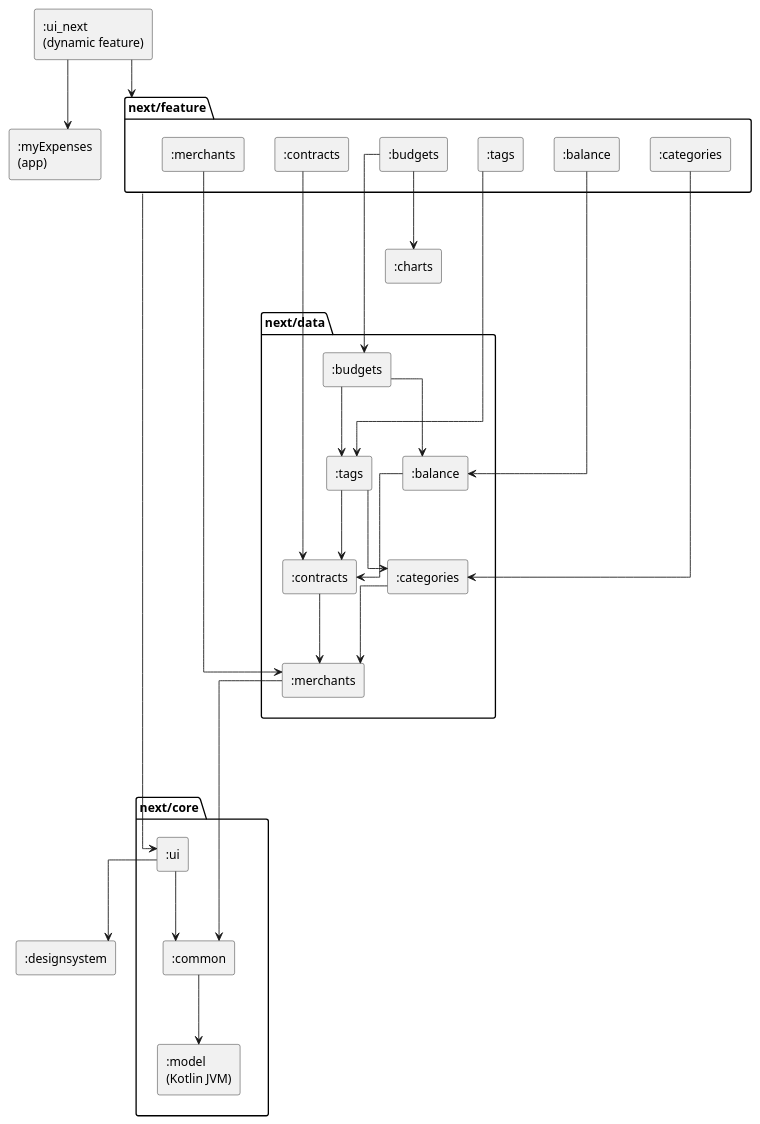
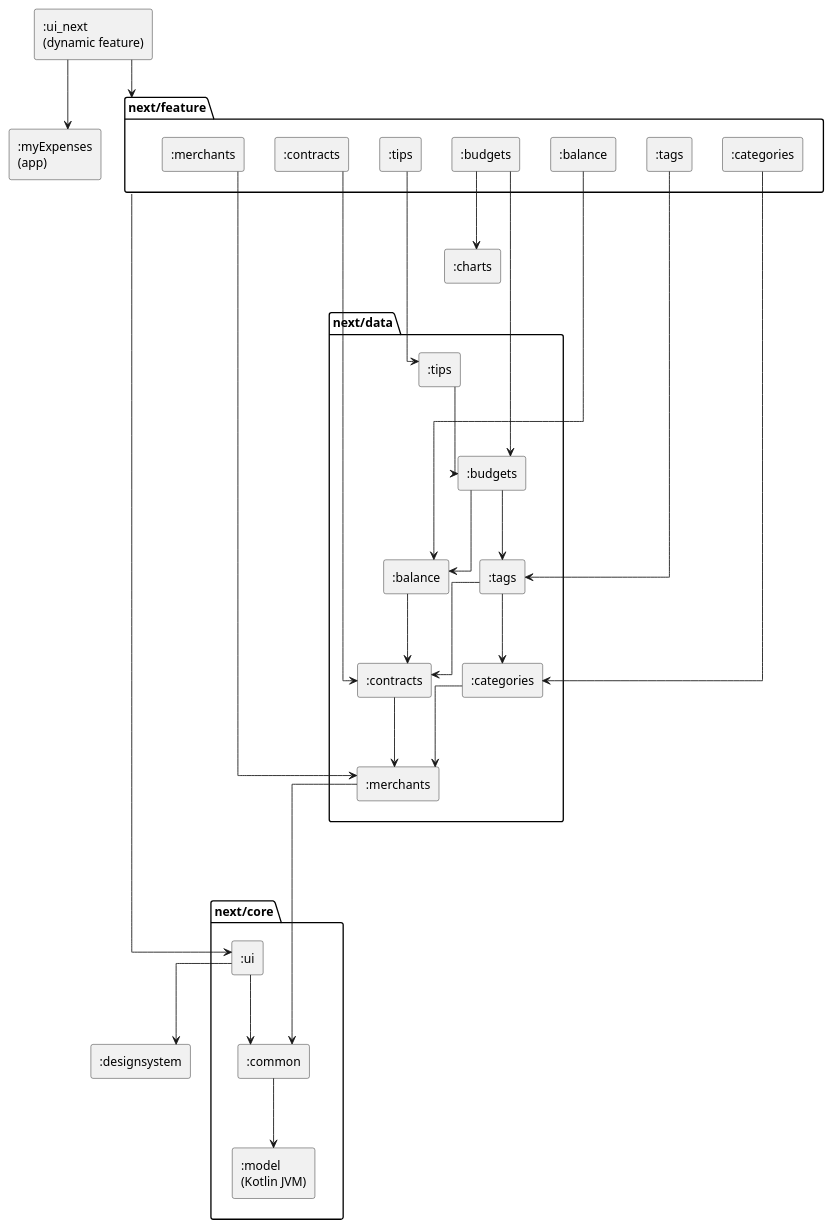
Before and after one commit to castn/MyExpenses: the diagram in ui_next/modules.puml, drawn with PlantUML. The commit also changed 5 other files, not shown here.

```diff
--- a/ui_next/modules.puml
+++ b/ui_next/modules.puml
@@ -1,65 +1,69 @@
 @startuml modules
 ' Generated by the task moduleGraph of build-logic (ModuleGraphPlugin), do not edit.
 ' Dependencies between the modules of the new UI, rule `mod-diagram` of ARCHITECTURE.md.
 ' An edge that follows from a longer path is left out.
 ' An edge from or to a package stands for an edge from or to every module in it.
 skinparam componentStyle rectangle
 skinparam linetype ortho
 skinparam ranksep 80
 top to bottom direction
 
 [:charts] as mCharts
 [:designsystem] as mDesignsystem
 [:myExpenses\n(app)] as mMyExpenses
 [:ui_next\n(dynamic feature)] as mUiNext
 
 package "next/core" as pNextCore {
     [:common] as mNextCoreCommon
     [:model\n(Kotlin JVM)] as mNextCoreModel
     [:ui] as mNextCoreUi
 }
 
 package "next/data" as pNextData {
     [:balance] as mNextDataBalance
     [:budgets] as mNextDataBudgets
     [:categories] as mNextDataCategories
     [:contracts] as mNextDataContracts
     [:merchants] as mNextDataMerchants
     [:tags] as mNextDataTags
+    [:tips] as mNextDataTips
 }
 
 package "next/feature" as pNextFeature {
     [:balance] as mNextFeatureBalance
     [:budgets] as mNextFeatureBudgets
     [:categories] as mNextFeatureCategories
     [:contracts] as mNextFeatureContracts
     [:merchants] as mNextFeatureMerchants
     [:tags] as mNextFeatureTags
+    [:tips] as mNextFeatureTips
 }
 
 ' Layout only
 mNextDataMerchants -[hidden]--> pNextCore
-mNextFeatureTags -[hidden]--> pNextData
+mNextFeatureTips -[hidden]--> pNextData
 
 mUiNext --> pNextFeature
 pNextFeature --> mNextCoreUi
 mNextCoreCommon --> mNextCoreModel
 mNextCoreUi --> mDesignsystem
 mNextCoreUi --> mNextCoreCommon
 mNextDataBalance --> mNextDataContracts
 mNextDataBudgets --> mNextDataBalance
 mNextDataBudgets --> mNextDataTags
 mNextDataCategories --> mNextDataMerchants
 mNextDataContracts --> mNextDataMerchants
 mNextDataMerchants --> mNextCoreCommon
 mNextDataTags --> mNextDataCategories
 mNextDataTags --> mNextDataContracts
+mNextDataTips --> mNextDataBudgets
 mNextFeatureBalance --> mNextDataBalance
 mNextFeatureBudgets --> mCharts
 mNextFeatureBudgets --> mNextDataBudgets
 mNextFeatureCategories --> mNextDataCategories
 mNextFeatureContracts --> mNextDataContracts
 mNextFeatureMerchants --> mNextDataMerchants
 mNextFeatureTags --> mNextDataTags
+mNextFeatureTips --> mNextDataTips
 mUiNext --> mMyExpenses
 @enduml
```
